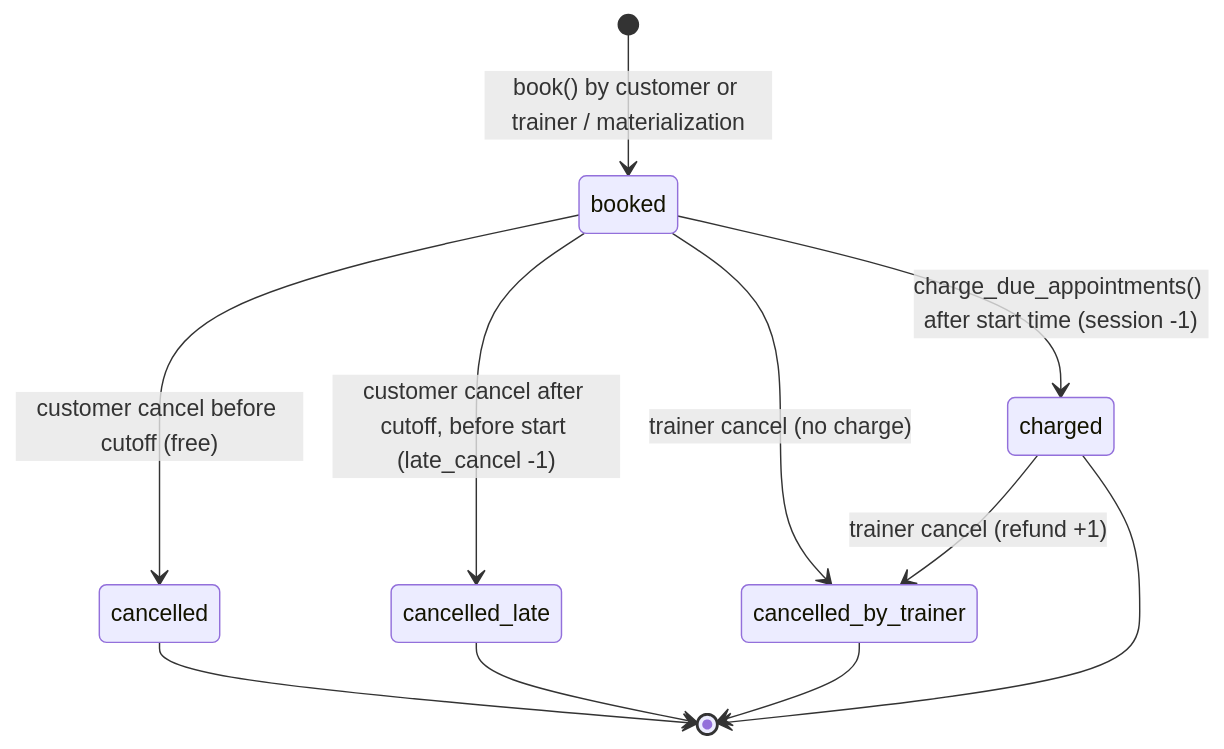
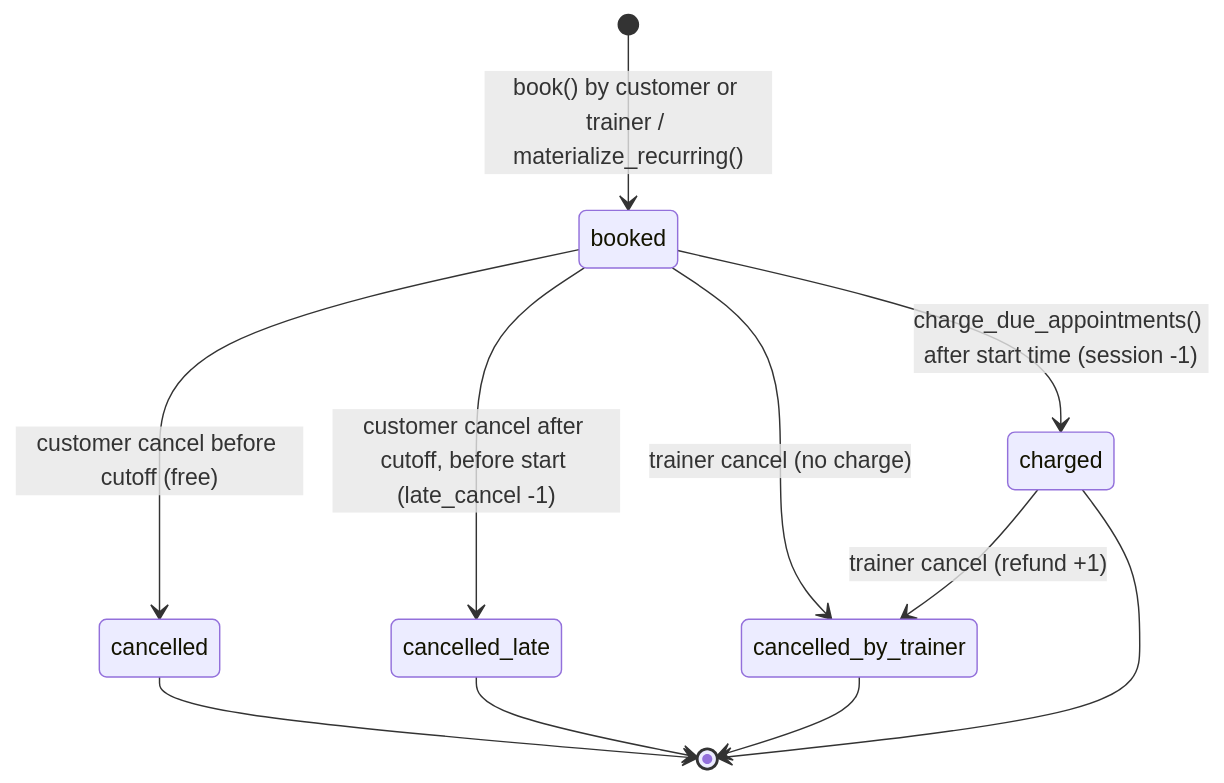
The diagram in docs/architecture/appointment-states.md (JasaGlazar/amrap), drawn with Mermaid before and after one commit. The commit also changed 10 other files, not shown here.

First line of the commit message:
feat(db): materialize recurring rules into appointments

````diff
--- a/docs/architecture/appointment-states.md
+++ b/docs/architecture/appointment-states.md
@@ -13,13 +13,13 @@
 ```mermaid
 stateDiagram-v2
-    [*] --> booked : book() by customer or trainer / materialization
+    [*] --> booked : book() by customer or trainer / materialize_recurring()
     booked --> charged : charge_due_appointments() after start time (session -1)
     booked --> cancelled : customer cancel before cutoff (free)
     booked --> cancelled_late : customer cancel after cutoff, before start (late_cancel -1)
     booked --> cancelled_by_trainer : trainer cancel (no charge)
     charged --> cancelled_by_trainer : trainer cancel (refund +1)
     cancelled --> [*]
     cancelled_late --> [*]
     cancelled_by_trainer --> [*]
     charged --> [*]
 ```
````
